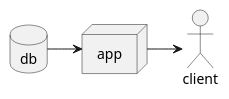
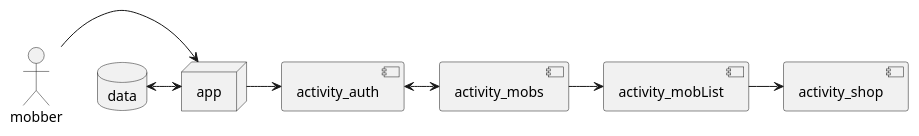
Before and after one commit to fwornle/MobShop: the diagram in doc/Design.md, drawn with PlantUML. The commit also changed other lines of this file and 2 other files, not shown here.

Commit message:
navigation diagram added (activities)

````diff
--- a/doc/Design.md
+++ b/doc/Design.md
@@ -24,10 +24,18 @@
 ```plantuml
 @startuml component
-actor client
+component activity_auth
+component activity_mobs
+component activity_mobList
+component activity_shop
+actor mobber
 node app
-database db
+database data
 
-db -> app
-app -> client
+mobber -> app
+data <-> app
+app -> activity_auth
+activity_auth <-> activity_mobs
+activity_mobs -> activity_mobList
+activity_mobList -> activity_shop
 @enduml
 ```
````
